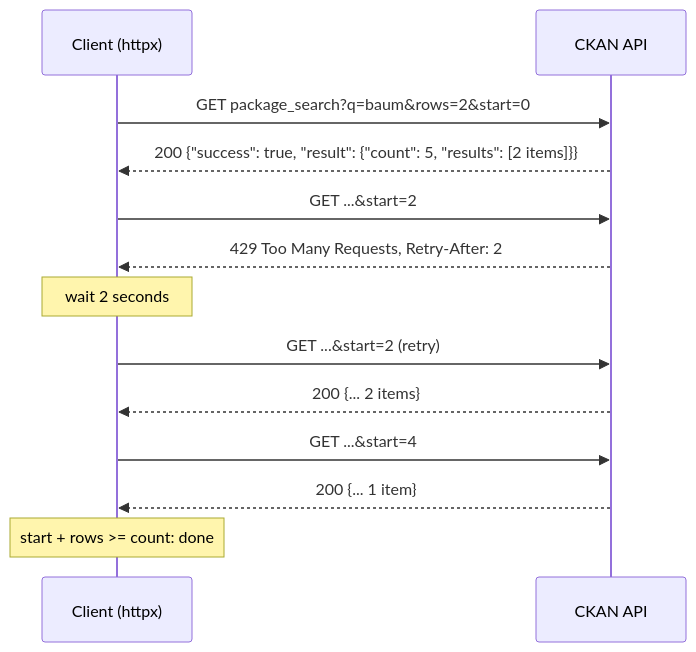
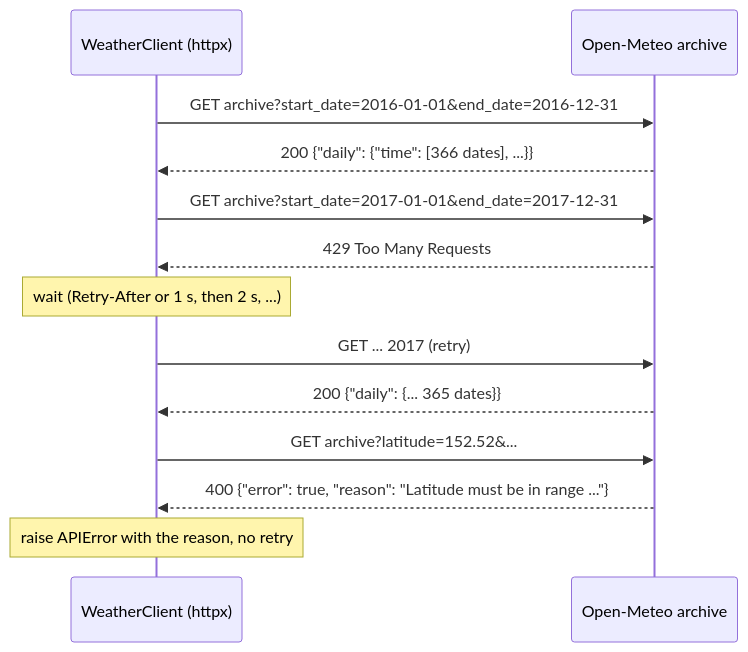
Before and after one commit to khoadaniel/statistical-programming-mpmd-htw-ws-2026: the second of 4 diagrams in sessions/02-software-engineering/theory/02-web-apis.md, drawn with Mermaid. The commit also changed other lines of this file and 160 other files, not shown here.

````diff
--- a/sessions/02-software-engineering/theory/02-web-apis.md
+++ b/sessions/02-software-engineering/theory/02-web-apis.md
@@ -69,15 +100,15 @@
 ```mermaid
 sequenceDiagram
-  participant C as Client (httpx)
-  participant S as CKAN API
-  C->>S: GET package_search?q=baum&rows=2&start=0
-  S-->>C: 200 {"success": true, "result": {"count": 5, "results": [2 items]}}
-  C->>S: GET ...&start=2
-  S-->>C: 429 Too Many Requests, Retry-After: 2
-  Note over C: wait 2 seconds
-  C->>S: GET ...&start=2 (retry)
-  S-->>C: 200 {... 2 items}
-  C->>S: GET ...&start=4
-  S-->>C: 200 {... 1 item}
-  Note over C: start + rows >= count: done
+  participant C as WeatherClient (httpx)
+  participant S as Open-Meteo archive
+  C->>S: GET archive?start_date=2016-01-01&end_date=2016-12-31
+  S-->>C: 200 {"daily": {"time": [366 dates], ...}}
+  C->>S: GET archive?start_date=2017-01-01&end_date=2017-12-31
+  S-->>C: 429 Too Many Requests
+  Note over C: wait (Retry-After or 1 s, then 2 s, ...)
+  C->>S: GET ... 2017 (retry)
+  S-->>C: 200 {"daily": {... 365 dates}}
+  C->>S: GET archive?latitude=152.52&...
+  S-->>C: 400 {"error": true, "reason": "Latitude must be in range ..."}
+  Note over C: raise APIError with the reason, no retry
 ```
````
